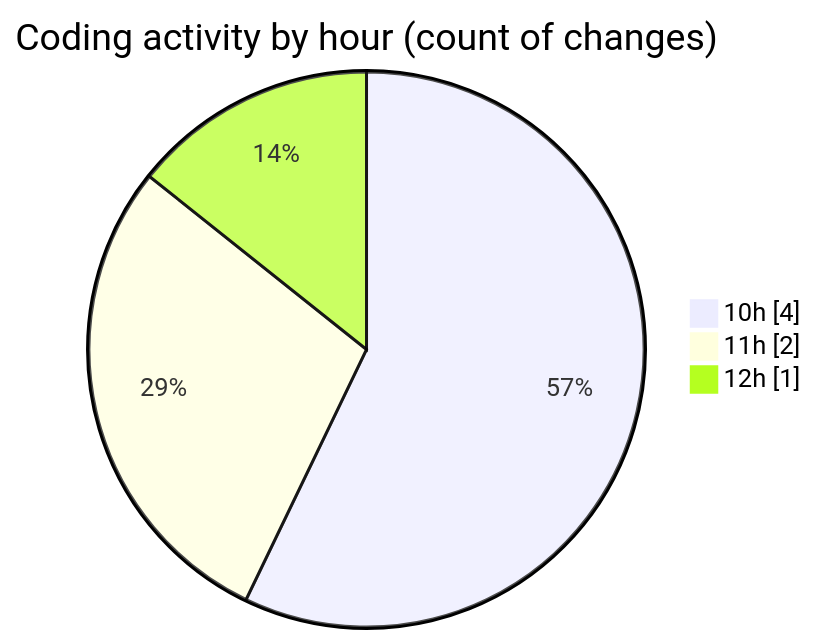
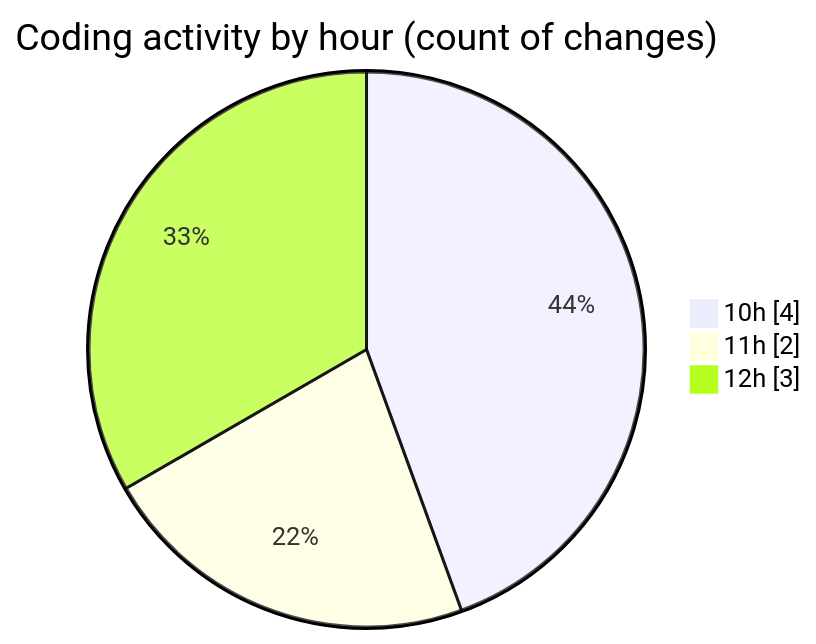
One commit to trdunsworth/code-tracking changed the second of 2 diagrams in 2025-04-23/synth_911data_gen/README.md. Above: the diagram before and after it, drawn with Mermaid. The commit also changed other lines of this file and 1 other file, not shown here.

````diff
--- a/2025-04-23/synth_911data_gen/README.md
+++ b/2025-04-23/synth_911data_gen/README.md
@@ -28,7 +28,7 @@
 ```mermaid
 pie showData
 title Coding activity by hour (count of changes)
 "10h" : 4
 "11h" : 2
-"12h" : 1
+"12h" : 3
 ```
````
